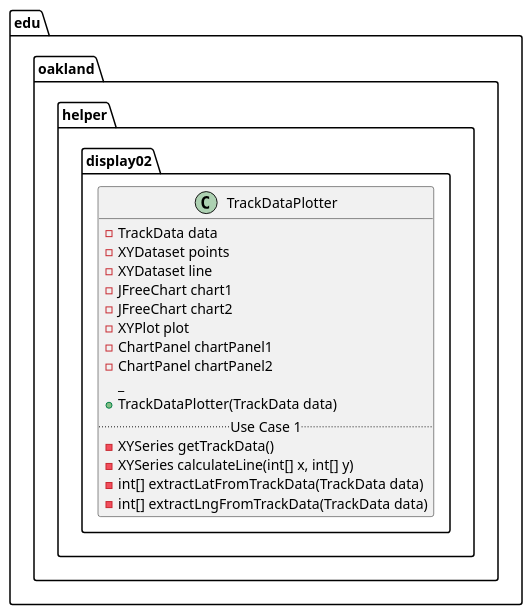
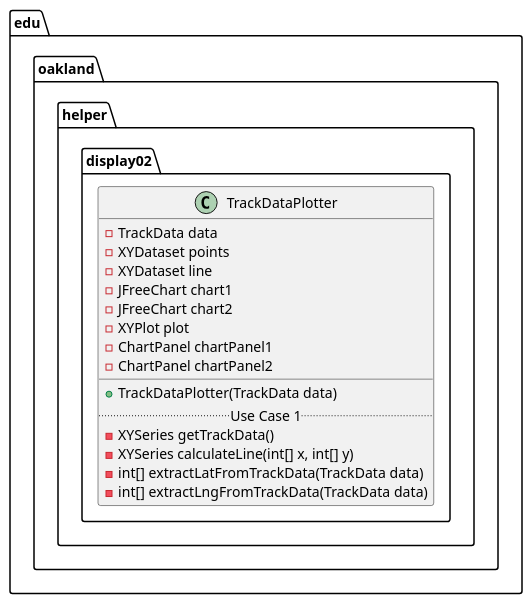
Before and after one commit to andrewdimmer/csi-3370-software-project: the diagram in docs/uml-class-diagrams/display02/helper/TrackDataPlotter/TrackDataPlotter.puml, drawn with PlantUML. The commit also changed 1 other file, not shown here.

Commit message:
[Display_02] Minor Spacing Fixes for UML Diagrams

```diff
--- a/docs/uml-class-diagrams/display02/helper/TrackDataPlotter/TrackDataPlotter.puml
+++ b/docs/uml-class-diagrams/display02/helper/TrackDataPlotter/TrackDataPlotter.puml
@@ -1,23 +1,23 @@
 @startuml TrackDataPlotter
 
 package edu.oakland.helper.display02 {
     class TrackDataPlotter {
         - TrackData data
         - XYDataset points
         - XYDataset line
         - JFreeChart chart1
         - JFreeChart chart2
         - XYPlot plot
         - ChartPanel chartPanel1
         - ChartPanel chartPanel2
-        _
+        __
         + TrackDataPlotter(TrackData data)
         .. Use Case 1 ..
         - XYSeries getTrackData()
         - XYSeries calculateLine(int[] x, int[] y)
         - int[] extractLatFromTrackData(TrackData data)
         - int[] extractLngFromTrackData(TrackData data)
     }
 }
 
 @enduml
```
